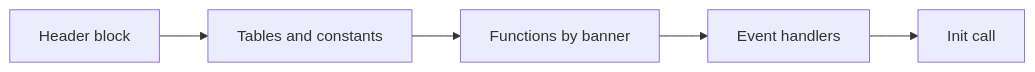
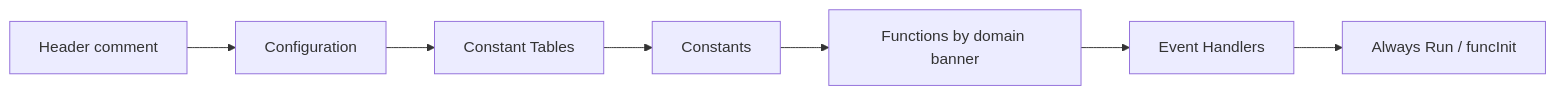
One commit to geminas67/Room-Controls-Scripts changed the diagram in .cursor/rules/qsys-simple-lua-architecture.mdc. Above: the diagram before and after it, drawn with Mermaid. The commit also changed other lines of this file and 1 other file, not shown here.

Commit message:
Refactor Room Controls script to enhance readability and organization by introducing a Configuration block, consistent bracket banners, and grouping of functions. Updated component type references to use a dedicated table for improved maintainability.

````diff
--- a/.cursor/rules/qsys-simple-lua-architecture.mdc
+++ b/.cursor/rules/qsys-simple-lua-architecture.mdc
@@ -11,9 +16,11 @@
 ```mermaid
 flowchart LR
-    Header[Header block]
-    Data[Tables and constants]
-    Funcs[Functions by banner]
-    EH[Event handlers]
-    Init[Init call]
-    Header --> Data --> Funcs --> EH --> Init
+    Header[Header comment]
+    Config[Configuration]
+    Tables[Constant Tables]
+    Const[Constants]
+    Funcs[Functions by domain banner]
+    EH[Event Handlers]
+    Init[Always Run / funcInit]
+    Header --> Config --> Tables --> Const --> Funcs --> EH --> Init
 ```
````
